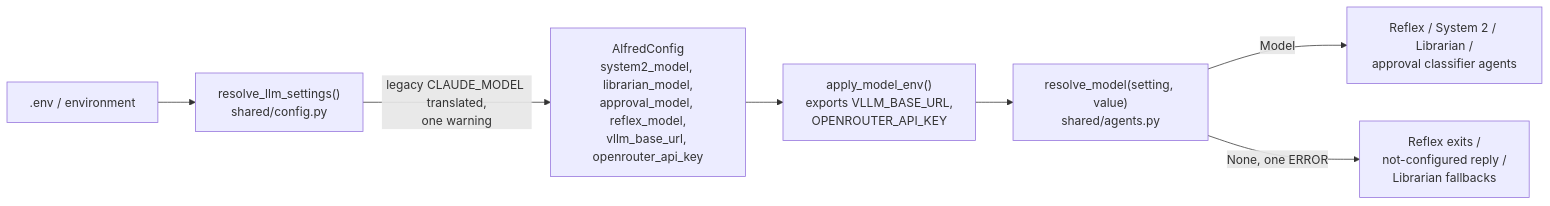
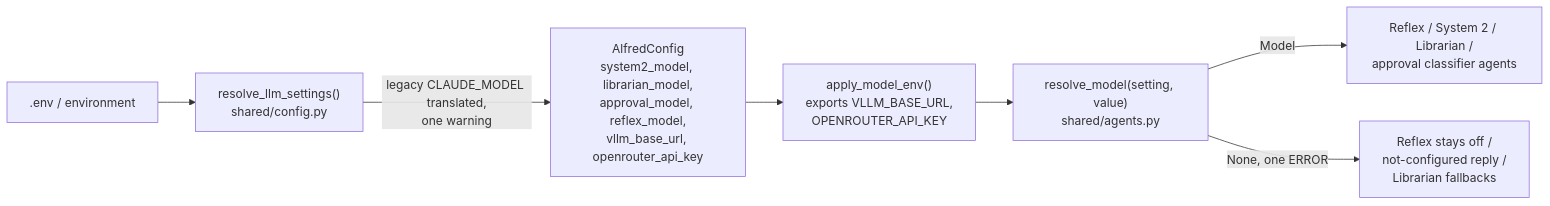
Before and after one commit to anirudhlath/alfred: the first of 2 diagrams in docs/llm.md, drawn with Mermaid. The commit also changed other lines of this file and 9 other files, not shown here.

Commit message:
fix(reflex): stay off without a model instead of stopping the stack

````diff
--- a/docs/llm.md
+++ b/docs/llm.md
@@ -23,9 +23,9 @@
 ```mermaid
 flowchart LR
     Env[".env / environment"] --> R["resolve_llm_settings()<br/>shared/config.py"]
     R -->|legacy CLAUDE_MODEL translated,<br/>one warning| C["AlfredConfig<br/>system2_model, librarian_model,<br/>approval_model, reflex_model,<br/>vllm_base_url, openrouter_api_key"]
     C --> A["apply_model_env()<br/>exports VLLM_BASE_URL,<br/>OPENROUTER_API_KEY"]
     A --> M["resolve_model(setting, value)<br/>shared/agents.py"]
     M -->|Model| Agents["Reflex / System 2 / Librarian /<br/>approval classifier agents"]
-    M -->|None, one ERROR| Fallback["Reflex exits /<br/>not-configured reply /<br/>Librarian fallbacks"]
+    M -->|None, one ERROR| Fallback["Reflex stays off /<br/>not-configured reply /<br/>Librarian fallbacks"]
 ```
````
